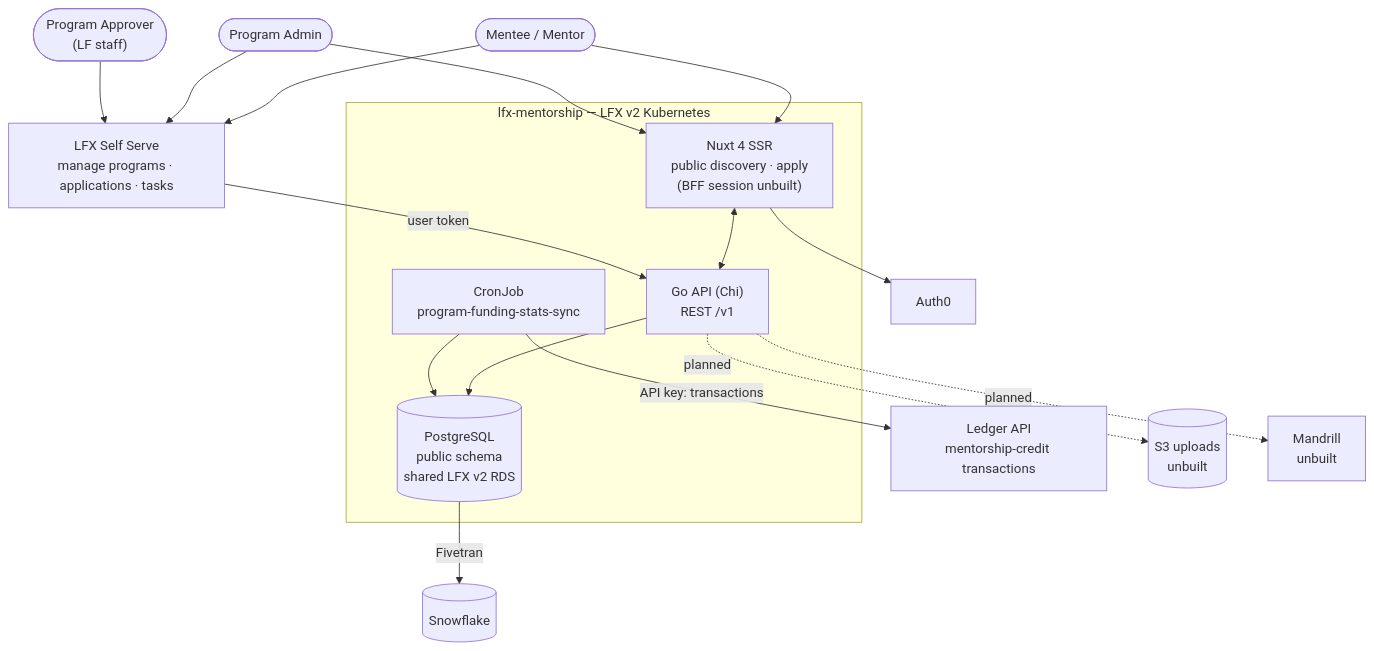
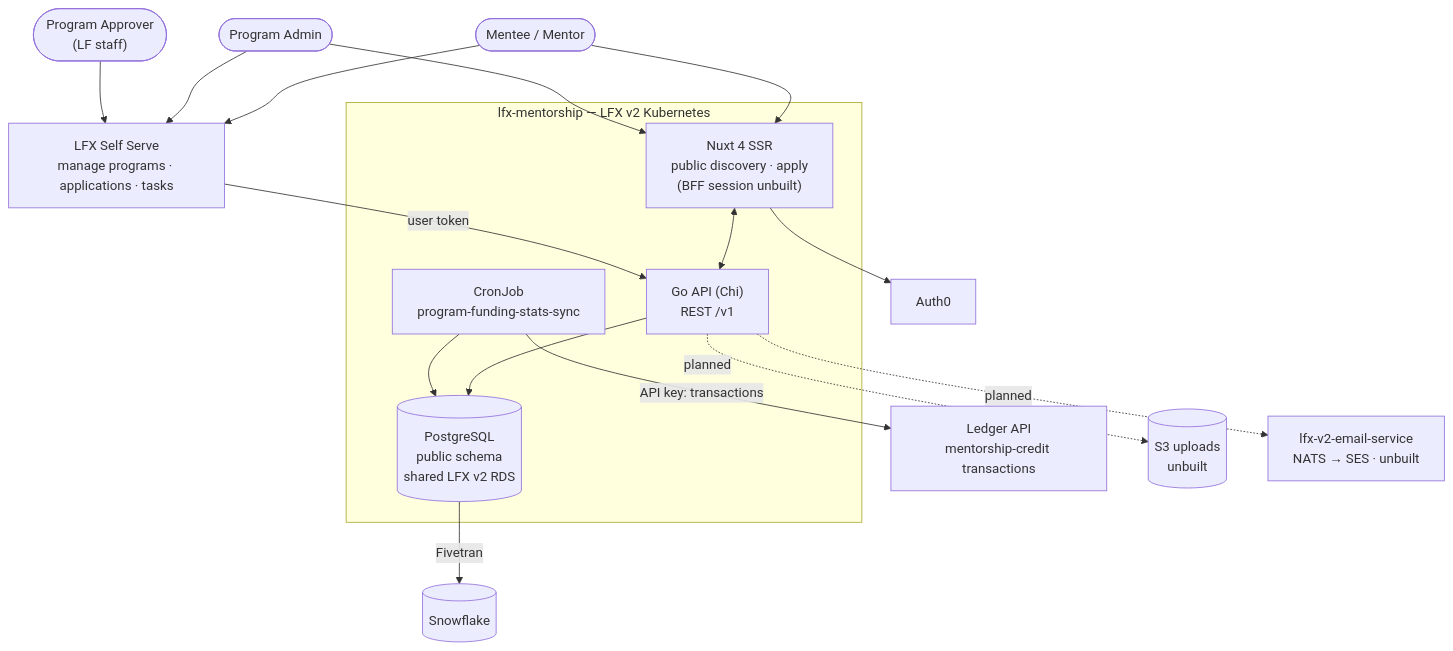
One commit to linuxfoundation/lfx-mentorship changed the diagram in ARCHITECTURE.md. Above: the diagram before and after it, drawn with Mermaid. The commit also changed other lines of this file, not shown here.

Commit message:
fix(docs): correct the email rail in ARCHITECTURE.md to lfx-v2-email-service
The external-contracts row named Mandrill as the intended provider and
said "SES is dropped". Both are backwards: Mandrill is the legacy rail
and is out of scope for the rewrite, while the platform rail is
lfx-v2-email-service, which delivers over Amazon SES.

Rail decision and evidence: linuxfoundation/lfx-self-serve#2188.

- §1 system-context diagram: replace the Mandrill node and its planned
  edge with lfx-v2-email-service (NATS -> SES), still marked unbuilt.
- §4 external contracts: record the real contract — NATS request/reply
  on lfx.email-service.send_email via the pkg/api Go client, accepting
  pre-rendered html/text only, so Mentorship owns and renders its own
  templates — and note that Mandrill is legacy-only.
- §6 gaps: the missing adapter is an lfx-v2-email-service adapter.

Still accurate that nothing sends email today: server.go:60 wires
LogNotifier, which only logs.

````diff
--- a/ARCHITECTURE.md
+++ b/ARCHITECTURE.md
@@ -41,32 +41,32 @@
 ```mermaid
 flowchart TB
     USERS(["Mentee / Mentor"])
     ADMIN(["Program Admin"])
     APPROVER(["Program Approver<br/>(LF staff)"])
 
     subgraph K8S["lfx-mentorship — LFX v2 Kubernetes"]
         NUXT["Nuxt 4 SSR<br/>public discovery · apply<br/>(BFF session unbuilt)"]
         API["Go API (Chi)<br/>REST /v1"]
         PG[("PostgreSQL<br/>public schema<br/>shared LFX v2 RDS")]
         CRON["CronJob<br/>program-funding-stats-sync"]
     end
 
     SS["LFX Self Serve<br/>manage programs · applications · tasks"]
     AUTH0["Auth0"]
     LEDGER["Ledger API<br/>mentorship-credit transactions"]
     S3[("S3 uploads<br/>unbuilt")]
-    MANDRILL["Mandrill<br/>unbuilt"]
+    EMAIL["lfx-v2-email-service<br/>NATS → SES · unbuilt"]
     SF[("Snowflake")]
 
     USERS & ADMIN --> NUXT
     USERS & ADMIN & APPROVER --> SS
     NUXT <--> API
     NUXT --> AUTH0
     SS -- "user token" --> API
     API --> PG
     API -. "planned" .-> S3
-    API -. "planned" .-> MANDRILL
+    API -. "planned" .-> EMAIL
     CRON -- "API key: transactions" --> LEDGER
     CRON --> PG
     PG -- "Fivetran" --> SF
 ```
````
